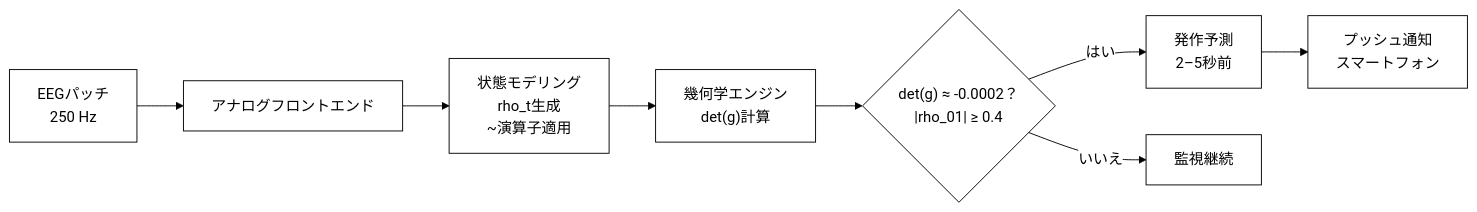
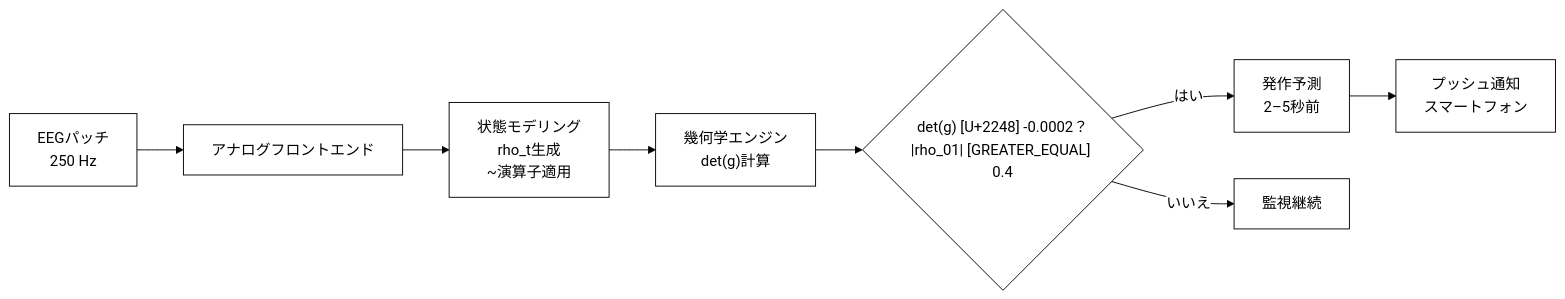
One commit to Foundup/Foundups-Agent changed diagram 16 of 20 in WSP_knowledge/docs/Papers/Patent_Series/04_rESP_Patent_Japanese.md. Above: the diagram before and after it, drawn with Mermaid. The commit also changed other lines of this file and 2140 other files, not shown here.

````diff
--- a/WSP_knowledge/docs/Papers/Patent_Series/04_rESP_Patent_Japanese.md
+++ b/WSP_knowledge/docs/Papers/Patent_Series/04_rESP_Patent_Japanese.md
@@ -439,11 +439,11 @@
 ```mermaid
 %%{init: {'theme': 'base', 'themeVariables': {'primaryColor': '#ffffff', 'primaryTextColor': '#000000', 'primaryBorderColor': '#000000', 'lineColor': '#000000', 'secondaryColor': '#ffffff', 'tertiaryColor': '#ffffff'}}}%%
 graph LR
     A["EEGパッチ<br>250 Hz"] --> B["アナログフロントエンド"]
     B --> C["状態モデリング<br>rho_t生成<br>~演算子適用"]
     C --> D["幾何学エンジン<br>det(g)計算"]
-    D --> E{"det(g) ≈ -0.0002？<br>|rho_01| ≥ 0.4"}
+    D --> E{"det(g) [U+2248] -0.0002？<br>|rho_01| [GREATER_EQUAL] 0.4"}
     E -->|はい| F["発作予測<br>2–5秒前"]
     E -->|いいえ| G["監視継続"]
     F --> H["プッシュ通知<br>スマートフォン"]
 ```
````
